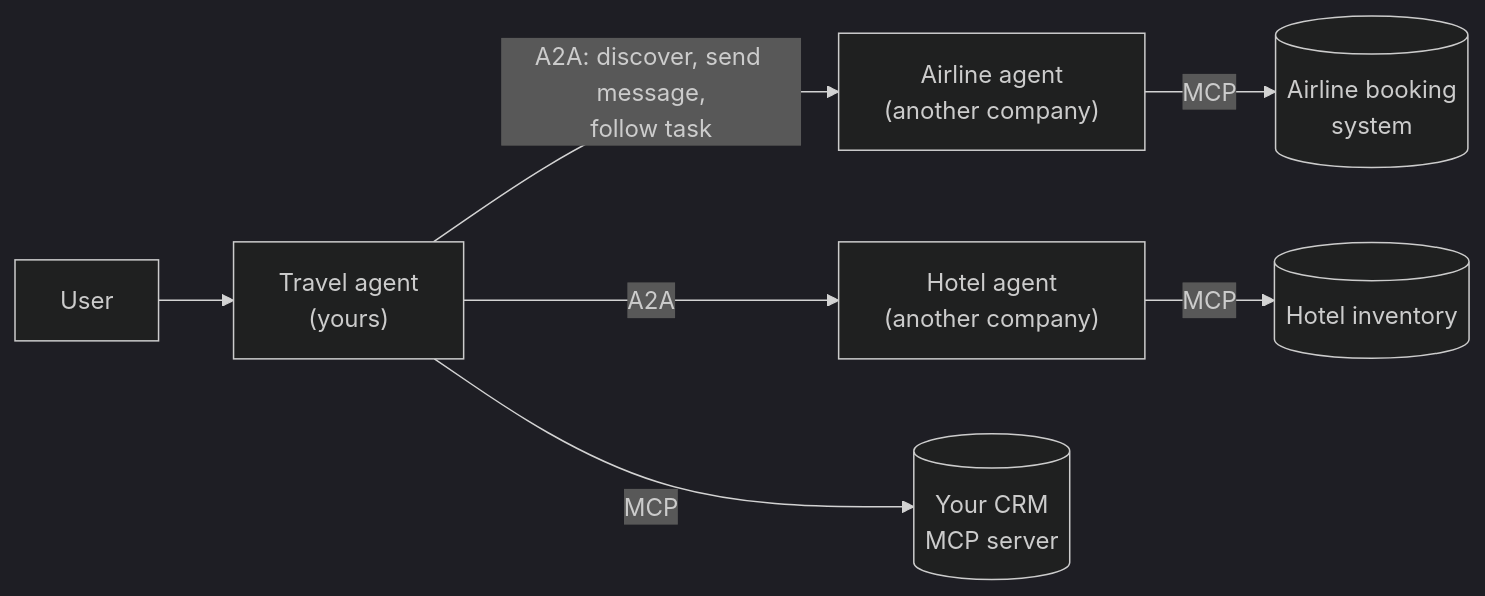
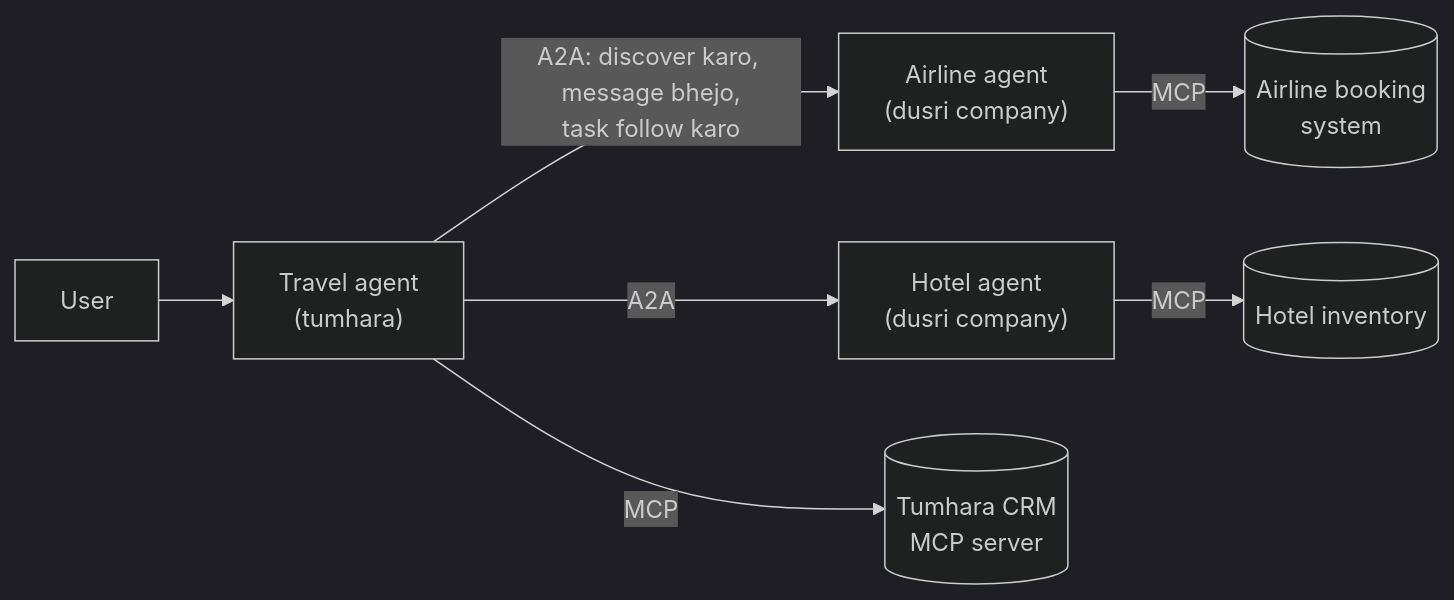
Before and after one commit to asmustechno/agentic-ai-notes: the first of 2 diagrams in docs/10-multi-agent-systems/10.5-agent-to-agent-protocols.md, drawn with Mermaid (dark theme). The commit also changed other lines of this file and 135 other files, not shown here.

````diff
--- a/docs/10-multi-agent-systems/10.5-agent-to-agent-protocols.md
+++ b/docs/10-multi-agent-systems/10.5-agent-to-agent-protocols.md
@@ -50,9 +52,9 @@
 ```mermaid
 flowchart LR
-    U[User] --> TA["Travel agent<br/>(yours)"]
-    TA -->|"A2A: discover, send message,<br/>follow task"| AA["Airline agent<br/>(another company)"]
-    TA -->|"A2A"| HA["Hotel agent<br/>(another company)"]
-    TA -->|MCP| T1[("Your CRM<br/>MCP server")]
+    U[User] --> TA["Travel agent<br/>(tumhara)"]
+    TA -->|"A2A: discover karo, message bhejo,<br/>task follow karo"| AA["Airline agent<br/>(dusri company)"]
+    TA -->|"A2A"| HA["Hotel agent<br/>(dusri company)"]
+    TA -->|MCP| T1[("Tumhara CRM<br/>MCP server")]
     AA -->|MCP| T2[("Airline booking<br/>system")]
     HA -->|MCP| T3[("Hotel inventory")]
 ```
````
